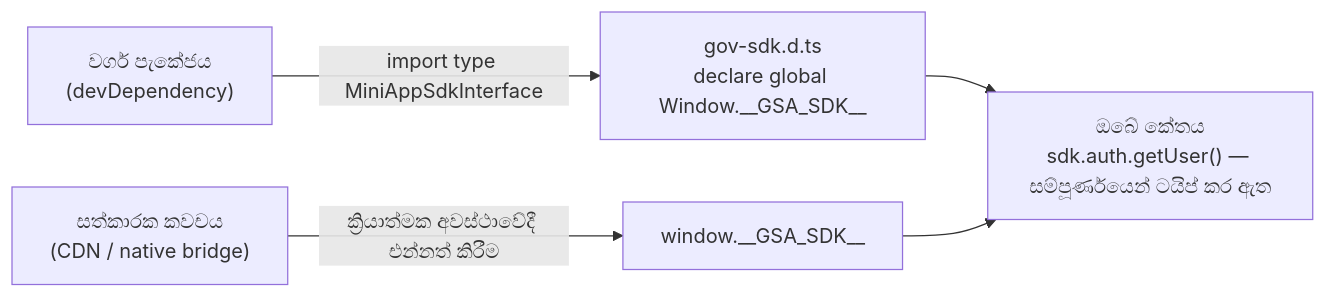
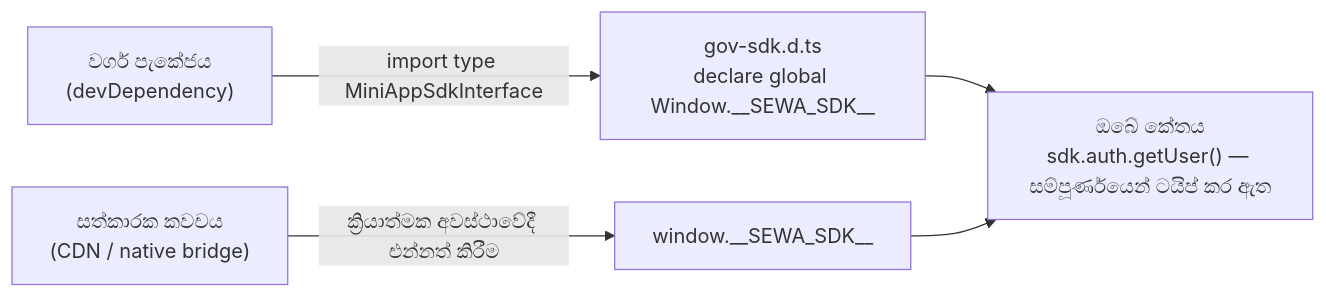
Before and after one commit to lizuzsusil/developer-portal: the diagram in i18n/si/docusaurus-plugin-content-docs/current/getting-started.mdx, drawn with Mermaid. The commit also changed other lines of this file and 58 other files, not shown here.

````diff
--- a/i18n/si/docusaurus-plugin-content-docs/current/getting-started.mdx
+++ b/i18n/si/docusaurus-plugin-content-docs/current/getting-started.mdx
@@ -25,7 +25,7 @@
 ```mermaid
 flowchart LR
-    A["වර්ග පැකේජය<br/>(devDependency)"] -->|"import type MiniAppSdkInterface"| B["gov-sdk.d.ts<br/>declare global Window.__GSA_SDK__"]
+    A["වර්ග පැකේජය<br/>(devDependency)"] -->|"import type MiniAppSdkInterface"| B["gov-sdk.d.ts<br/>declare global Window.__SEWA_SDK__"]
     B --> C["ඔබේ කේතය<br/>sdk.auth.getUser() — සම්පූර්ණයෙන් ටයිප් කර ඇත"]
-    D["සත්කාරක කවචය<br/>(CDN / native bridge)"] -->|"ක්‍රියාත්මක අවස්ථාවේදී එන්නත් කිරීම"| E["window.__GSA_SDK__"]
+    D["සත්කාරක කවචය<br/>(CDN / native bridge)"] -->|"ක්‍රියාත්මක අවස්ථාවේදී එන්නත් කිරීම"| E["window.__SEWA_SDK__"]
     E --> C
 ```
````
